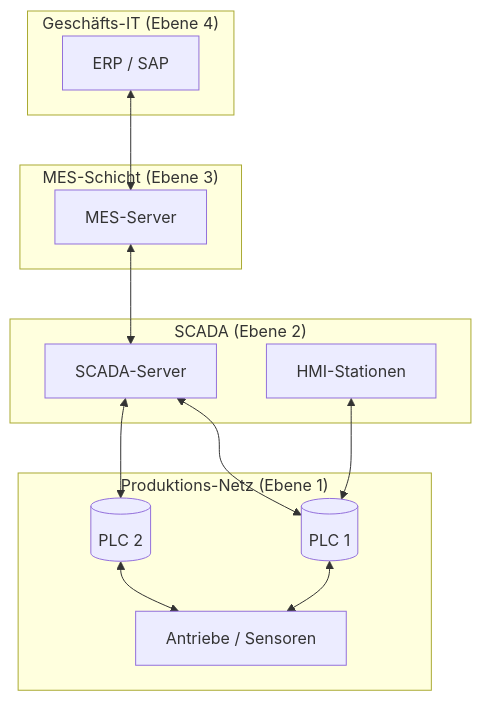
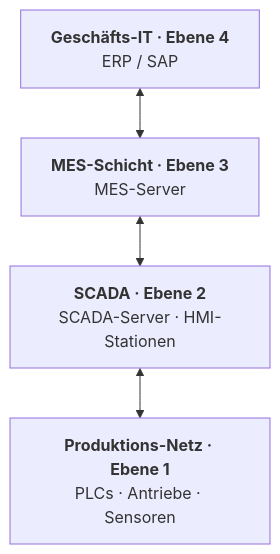
The fourth of 5 diagrams in docs/netzwerke/industrie-protokolle.md (JacobMenge/kurs-unterlagen), drawn with Mermaid before and after one commit. The commit also changed other lines of this file and 76 other files, not shown here.

````diff
--- a/docs/netzwerke/industrie-protokolle.md
+++ b/docs/netzwerke/industrie-protokolle.md
@@ -325,26 +333,8 @@
 ```mermaid
 flowchart TB
-  subgraph BUSINESS["Geschäfts-IT (Ebene 4)"]
-    ERP["ERP / SAP"]
-  end
-  subgraph MES["MES-Schicht (Ebene 3)"]
-    MES_S["MES-Server"]
-  end
-  subgraph SCADA_L["SCADA (Ebene 2)"]
-    SCADA_S["SCADA-Server"]
-    HMI["HMI-Stationen"]
-  end
-  subgraph PROD["Produktions-Netz (Ebene 1)"]
-    PLC1[("PLC 1")]
-    PLC2[("PLC 2")]
-    DRIVE["Antriebe / Sensoren"]
-  end
-  
-  ERP <--> MES_S
-  MES_S <--> SCADA_S
-  SCADA_S <--> PLC1
-  SCADA_S <--> PLC2
-  HMI <--> PLC1
-  PLC1 <--> DRIVE
-  PLC2 <--> DRIVE
+  L4["<b>Geschäfts-IT · Ebene 4</b><br/>ERP / SAP"]
+  L3["<b>MES-Schicht · Ebene 3</b><br/>MES-Server"]
+  L2["<b>SCADA · Ebene 2</b><br/>SCADA-Server · HMI-Stationen"]
+  L1["<b>Produktions-Netz · Ebene 1</b><br/>PLCs · Antriebe · Sensoren"]
+  L4 <--> L3 <--> L2 <--> L1
 ```
````
